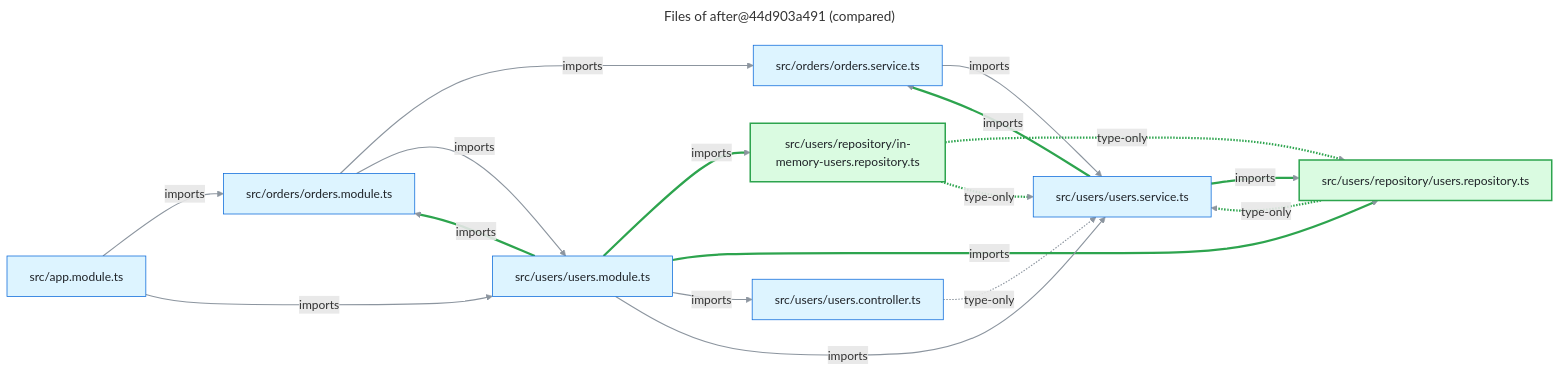
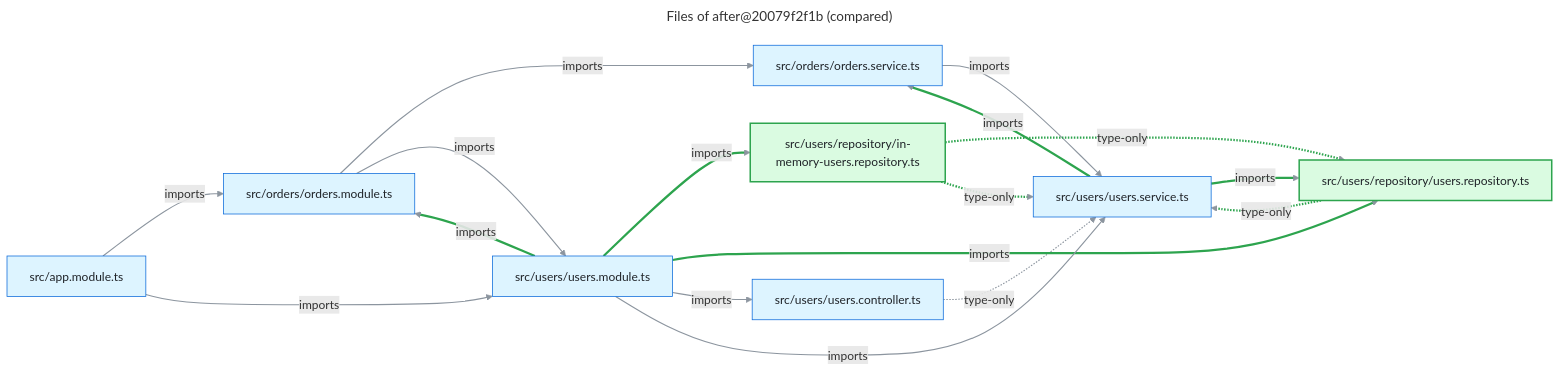
One commit to FullFran/archsieve changed the diagram in examples/nest-shop/files-compare.mmd. Above: the diagram before and after it, drawn with Mermaid. The commit also changed 25 other files, not shown here.

```diff
--- a/examples/nest-shop/files-compare.mmd
+++ b/examples/nest-shop/files-compare.mmd
@@ -1,47 +1,47 @@
 ---
-title: "Files of after@44d903a491 (compared)"
+title: "Files of after@20079f2f1b (compared)"
 ---
 flowchart LR
   n0["src/app.module.ts"]:::code
   n1["src/orders/orders.module.ts"]:::code
   n2["src/orders/orders.service.ts"]:::code
   n3["src/users/repository/in-memory-users.repository.ts"]:::added
   n4["src/users/repository/users.repository.ts"]:::added
   n5["src/users/users.controller.ts"]:::code
   n6["src/users/users.module.ts"]:::code
   n7["src/users/users.service.ts"]:::code
   n0 -->|"imports"| n1
   n0 -->|"imports"| n6
   n1 -->|"imports"| n2
   n1 -->|"imports"| n6
   n2 -->|"imports"| n7
   n3 -.->|"type-only"| n4
   n3 -.->|"type-only"| n7
   n4 -.->|"type-only"| n7
   n5 -.->|"type-only"| n7
   n6 -->|"imports"| n1
   n6 -->|"imports"| n3
   n6 -->|"imports"| n4
   n6 -->|"imports"| n5
   n6 -->|"imports"| n7
   n7 -->|"imports"| n2
   n7 -->|"imports"| n4
   linkStyle default stroke:#8c959f,stroke-width:1.5px
   linkStyle 5 stroke:#2da44e,stroke-width:3px
   linkStyle 6 stroke:#2da44e,stroke-width:3px
   linkStyle 7 stroke:#2da44e,stroke-width:3px
   linkStyle 9 stroke:#2da44e,stroke-width:3px
   linkStyle 10 stroke:#2da44e,stroke-width:3px
   linkStyle 11 stroke:#2da44e,stroke-width:3px
   linkStyle 14 stroke:#2da44e,stroke-width:3px
   linkStyle 15 stroke:#2da44e,stroke-width:3px
   classDef code fill:#ddf4ff,stroke:#0969da,color:#1f2328
   classDef external fill:#fff8c5,stroke:#9a6700,color:#1f2328
   classDef module fill:#fbefff,stroke:#8250df,color:#1f2328
   classDef added fill:#dafbe1,stroke:#2da44e,stroke-width:2px,color:#1f2328
   classDef removed fill:#ffebe9,stroke:#cf222e,stroke-dasharray:4 3,color:#1f2328
   classDef boundary fill:#f6f8fa,stroke:#57606a,stroke-dasharray:6 4,color:#1f2328
   classDef container fill:#ddf4ff,stroke:#0969da,stroke-width:2px,color:#1f2328
   classDef unverified fill:#ffffff,stroke:#0969da,stroke-width:2px,stroke-dasharray:5 3,color:#1f2328
   classDef undeclared fill:#fff1e5,stroke:#bc4c00,stroke-width:2px,color:#1f2328
   classDef focus fill:#ddf4ff,stroke:#0969da,stroke-width:4px,color:#1f2328
```
